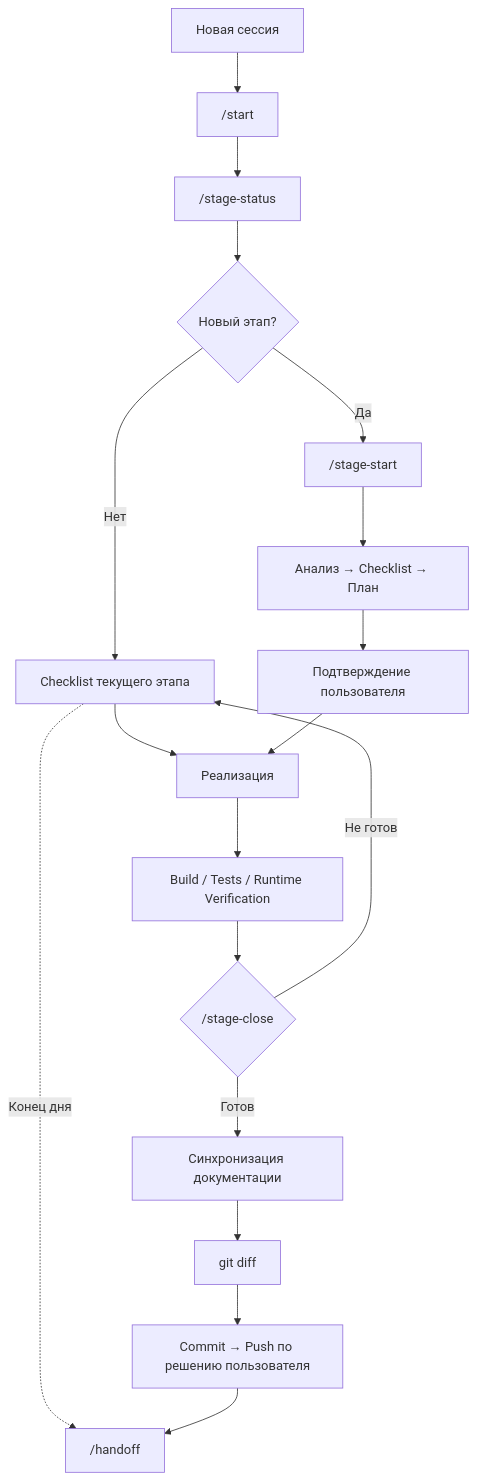
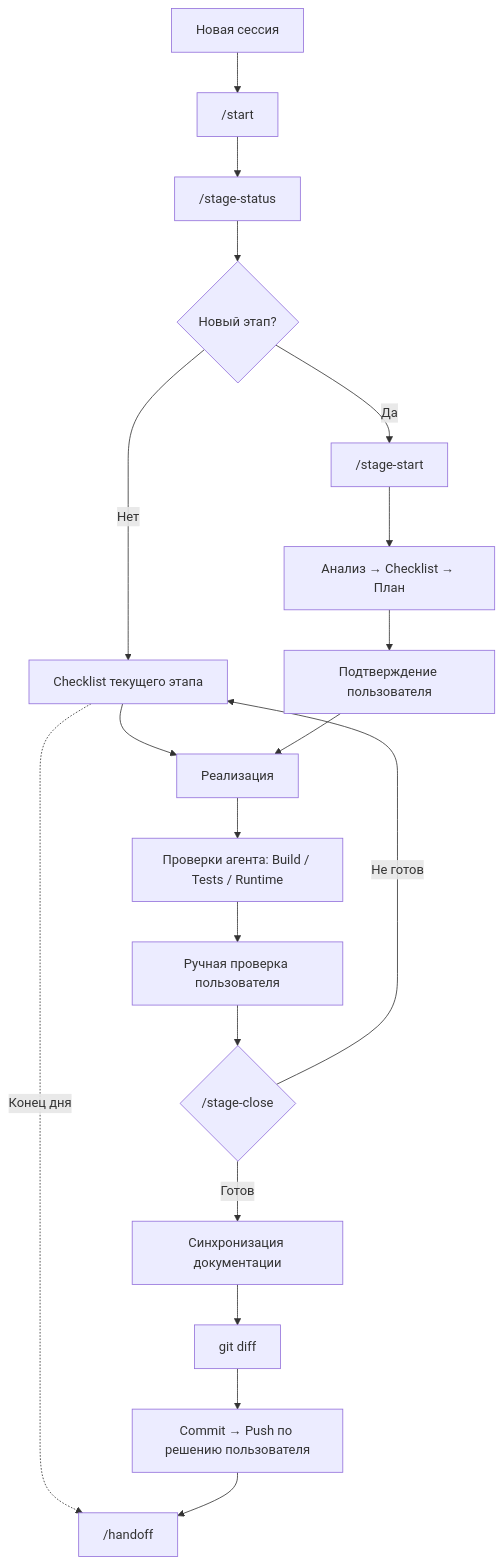
The diagram in docs/DEVELOPMENT_WORKFLOW.md (OlegRyazancev/ai-news-bot), drawn with Mermaid before and after one commit. The commit also changed other lines of this file and 29 other files, not shown here.

````diff
--- a/docs/DEVELOPMENT_WORKFLOW.md
+++ b/docs/DEVELOPMENT_WORKFLOW.md
@@ -46,24 +49,25 @@
 ```mermaid
 flowchart TD
     A[Новая сессия] --> B["/start"]
     B --> C["/stage-status"]
     C --> D{Новый этап?}
 
     D -- Нет --> E[Checklist текущего этапа]
     E --> I[Реализация]
 
     D -- Да --> F["/stage-start"]
     F --> G[Анализ → Checklist → План]
     G --> H[Подтверждение пользователя]
     H --> I
 
-    I --> J[Build / Tests / Runtime Verification]
-    J --> K{"/stage-close"}
+    I --> J[Проверки агента: Build / Tests / Runtime]
+    J --> P[Ручная проверка пользователя]
+    P --> K{"/stage-close"}
     K -->|Не готов| E
     K -->|Готов| L[Синхронизация документации]
     L --> M[git diff]
     M --> N[Commit → Push по решению пользователя]
 
     E -. Конец дня .-> O["/handoff"]
     N --> O
 ```
````
